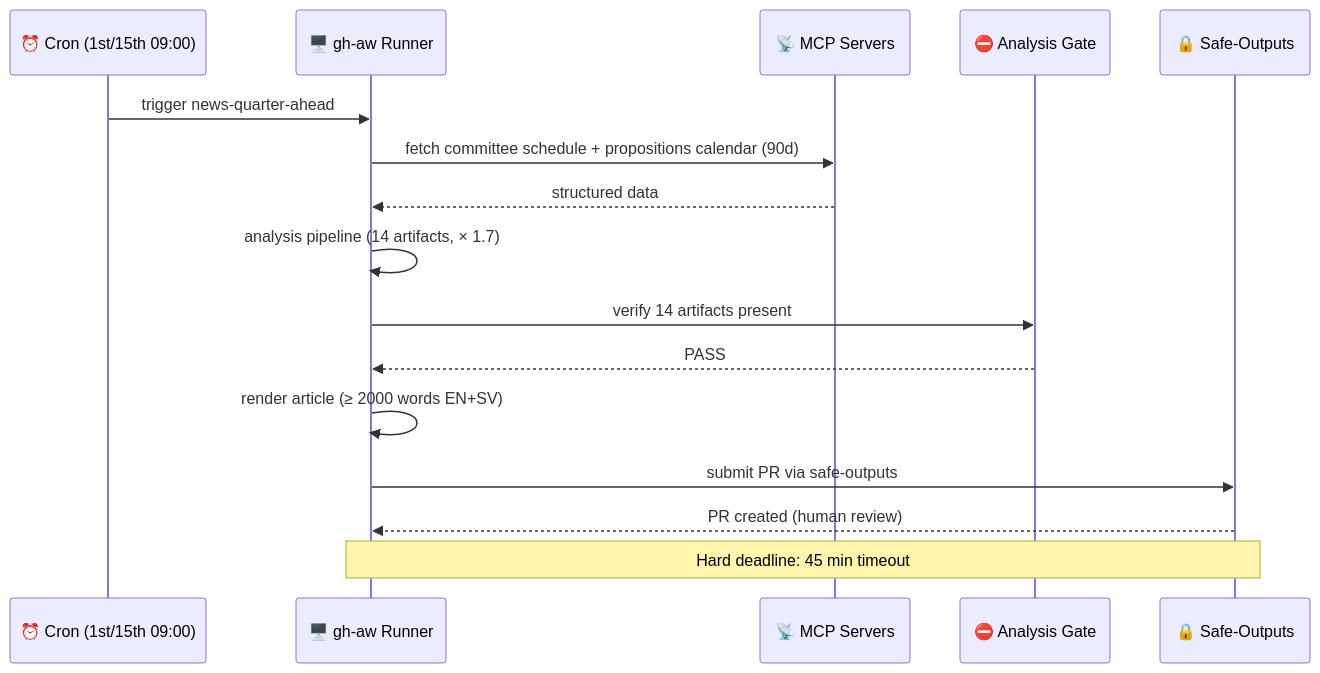
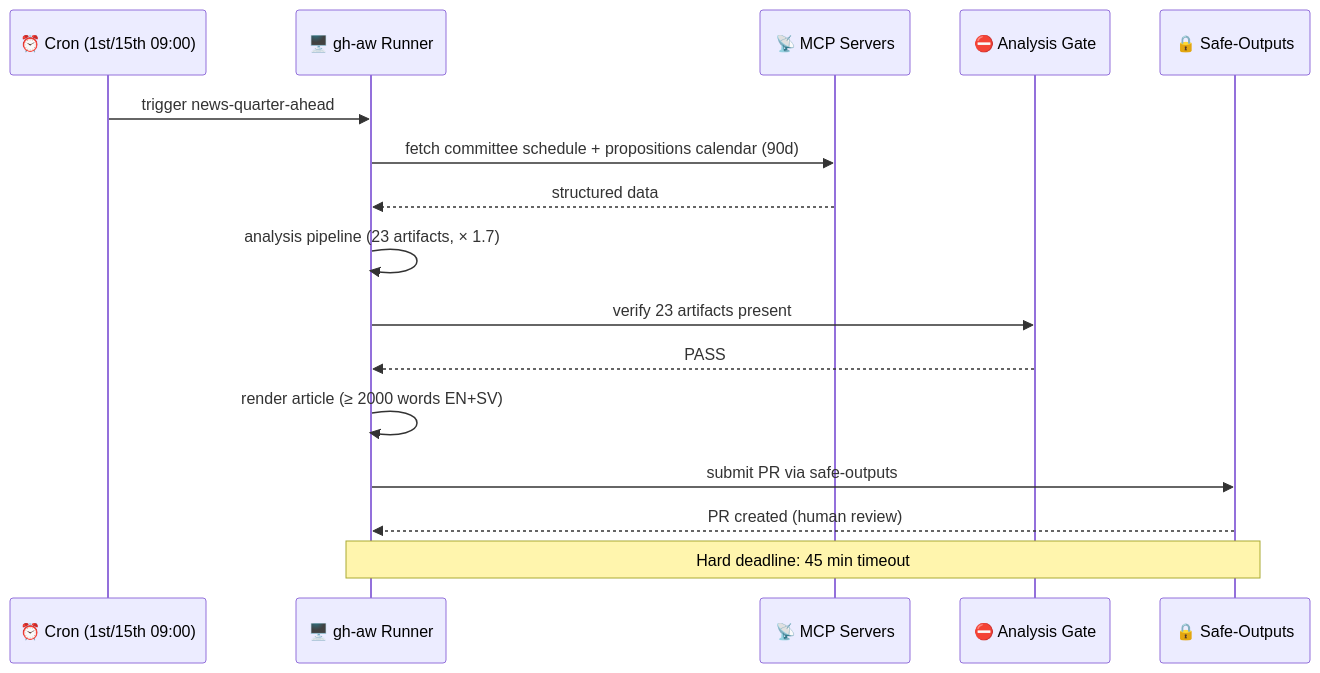
One commit to Hack23/riksdagsmonitor changed diagram 14 of 20 in WORKFLOWS.md. Above: the diagram before and after it, drawn with Mermaid. The commit also changed other lines of this file, not shown here.

````diff
--- a/WORKFLOWS.md
+++ b/WORKFLOWS.md
@@ -1099,19 +1102,19 @@
 ```mermaid
 sequenceDiagram
     participant Cron as ⏰ Cron (1st/15th 09:00)
     participant Runner as 🖥️ gh-aw Runner
     participant MCP as 📡 MCP Servers
     participant Gate as ⛔ Analysis Gate
     participant SO as 🔒 Safe-Outputs
 
     Cron->>Runner: trigger news-quarter-ahead
     Runner->>MCP: fetch committee schedule + propositions calendar (90d)
     MCP-->>Runner: structured data
-    Runner->>Runner: analysis pipeline (14 artifacts, × 1.7)
-    Runner->>Gate: verify 14 artifacts present
+    Runner->>Runner: analysis pipeline (23 artifacts, × 1.7)
+    Runner->>Gate: verify 23 artifacts present
     Gate-->>Runner: PASS
     Runner->>Runner: render article (≥ 2000 words EN+SV)
     Runner->>SO: submit PR via safe-outputs
     SO-->>Runner: PR created (human review)
     Note over Runner,SO: Hard deadline: 45 min timeout
 ```
````
